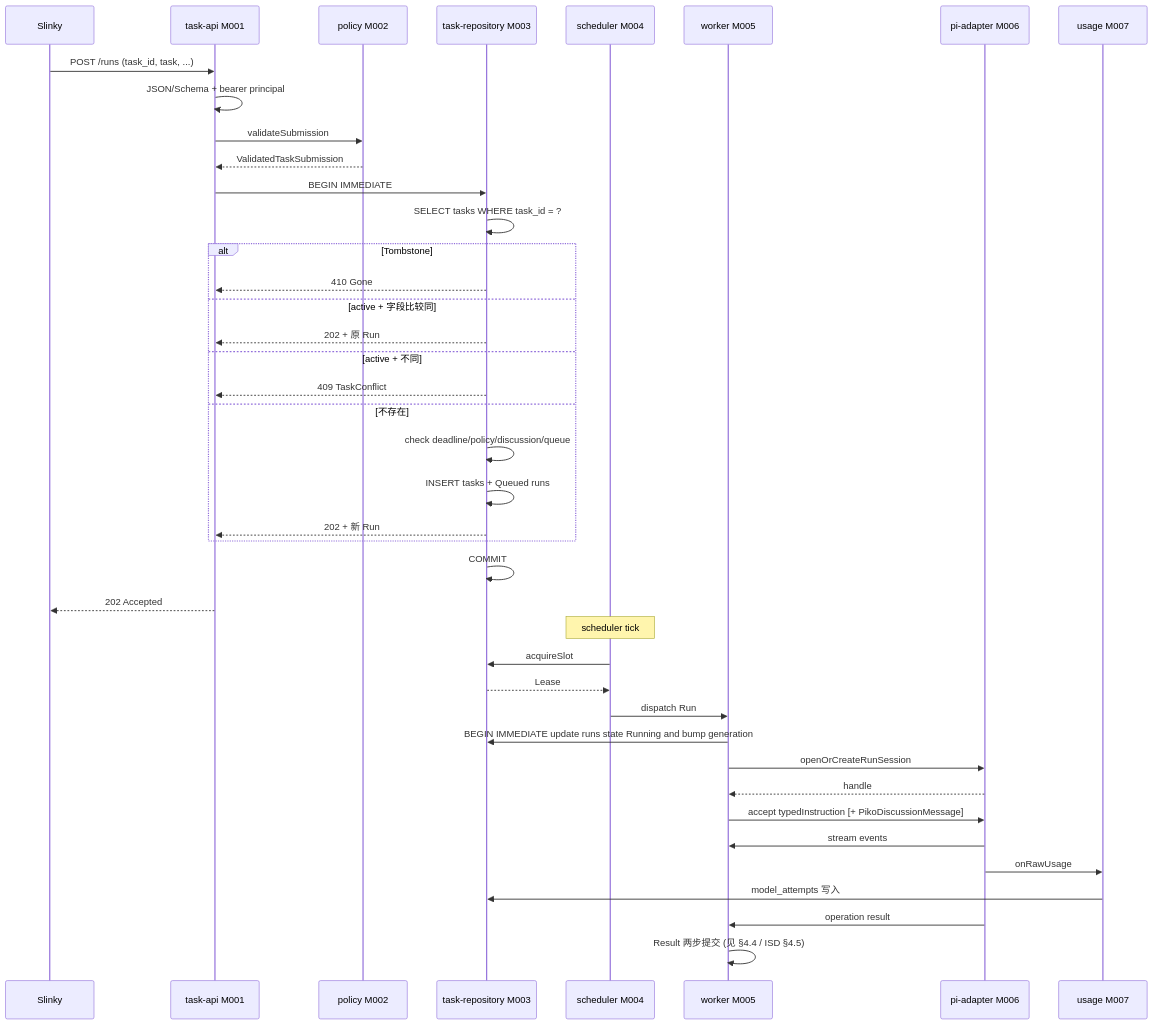
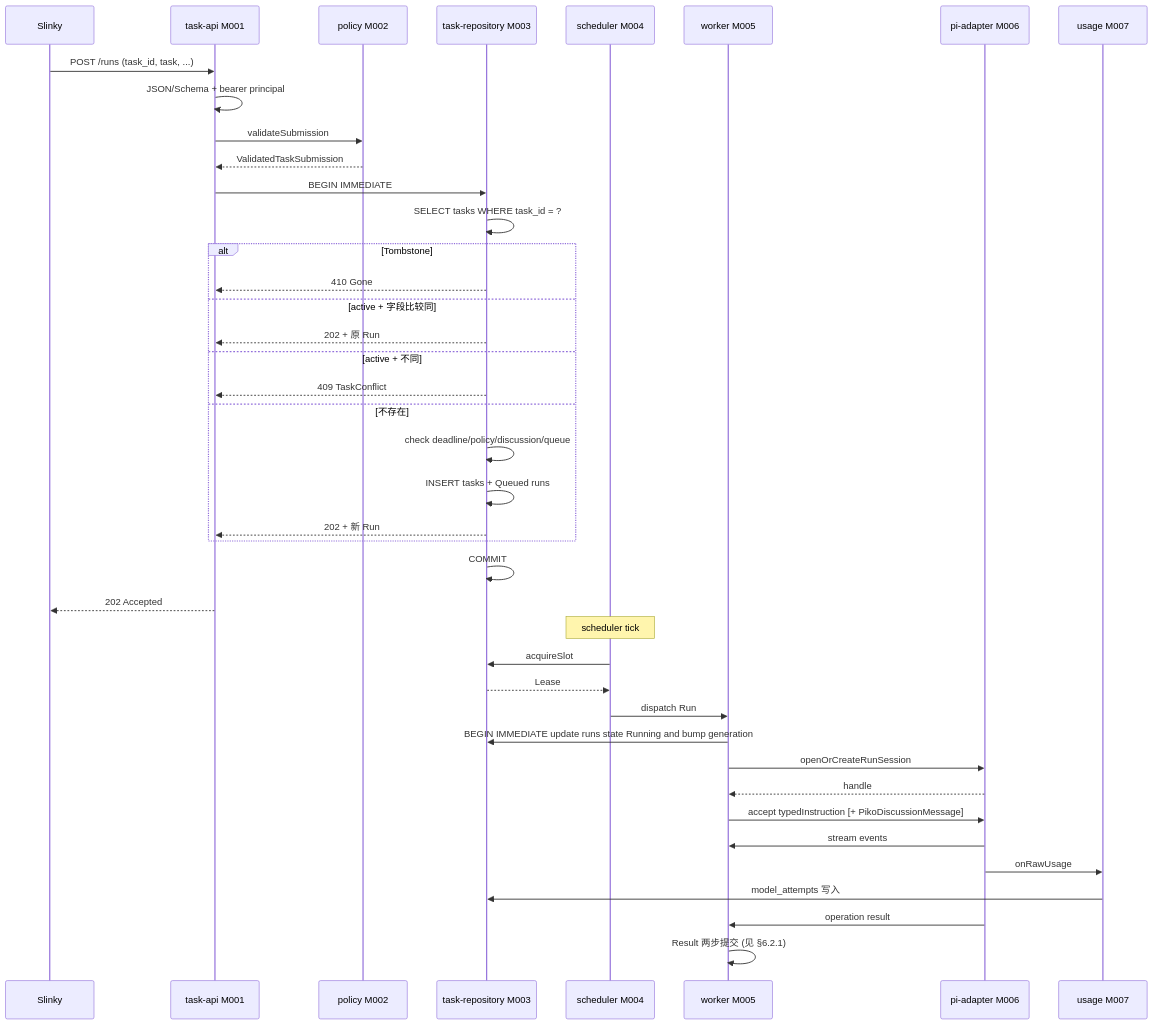
The sixth of 9 diagrams in docs/20_system_design/piko-system-design.md (corezilla/piko), drawn with Mermaid before and after one commit. The commit also changed other lines of this file and 6 other files, not shown here.

````diff
--- a/docs/20_system_design/piko-system-design.md
+++ b/docs/20_system_design/piko-system-design.md
@@ -432,45 +434,45 @@
 ```mermaid
 sequenceDiagram
   participant S as Slinky
   participant API as task-api M001
   participant POL as policy M002
   participant Repo as task-repository M003
   participant Sch as scheduler M004
   participant W as worker M005
   participant PI as pi-adapter M006
   participant Use as usage M007
 
   S->>API: POST /runs (task_id, task, ...)
   API->>API: JSON/Schema + bearer principal
   API->>POL: validateSubmission
   POL-->>API: ValidatedTaskSubmission
   API->>Repo: BEGIN IMMEDIATE
   Repo->>Repo: SELECT tasks WHERE task_id = ?
   alt Tombstone
     Repo-->>API: 410 Gone
   else active + 字段比较同
     Repo-->>API: 202 + 原 Run
   else active + 不同
     Repo-->>API: 409 TaskConflict
   else 不存在
     Repo->>Repo: check deadline/policy/discussion/queue
     Repo->>Repo: INSERT tasks + Queued runs
     Repo-->>API: 202 + 新 Run
   end
   Repo->>Repo: COMMIT
   API-->>S: 202 Accepted
 
   Note over Sch: scheduler tick
   Sch->>Repo: acquireSlot
   Repo-->>Sch: Lease
   Sch->>W: dispatch Run
   W->>Repo: BEGIN IMMEDIATE update runs state Running and bump generation
   W->>PI: openOrCreateRunSession
   PI-->>W: handle
   W->>PI: accept typedInstruction [+ PikoDiscussionMessage]
   PI->>W: stream events
   PI->>Use: onRawUsage
   Use->>Repo: model_attempts 写入
   PI->>W: operation result
-  W->>W: Result 两步提交 (见 §4.4 / ISD §4.5)
+  W->>W: Result 两步提交 (见 §6.2.1)
 ```
````
